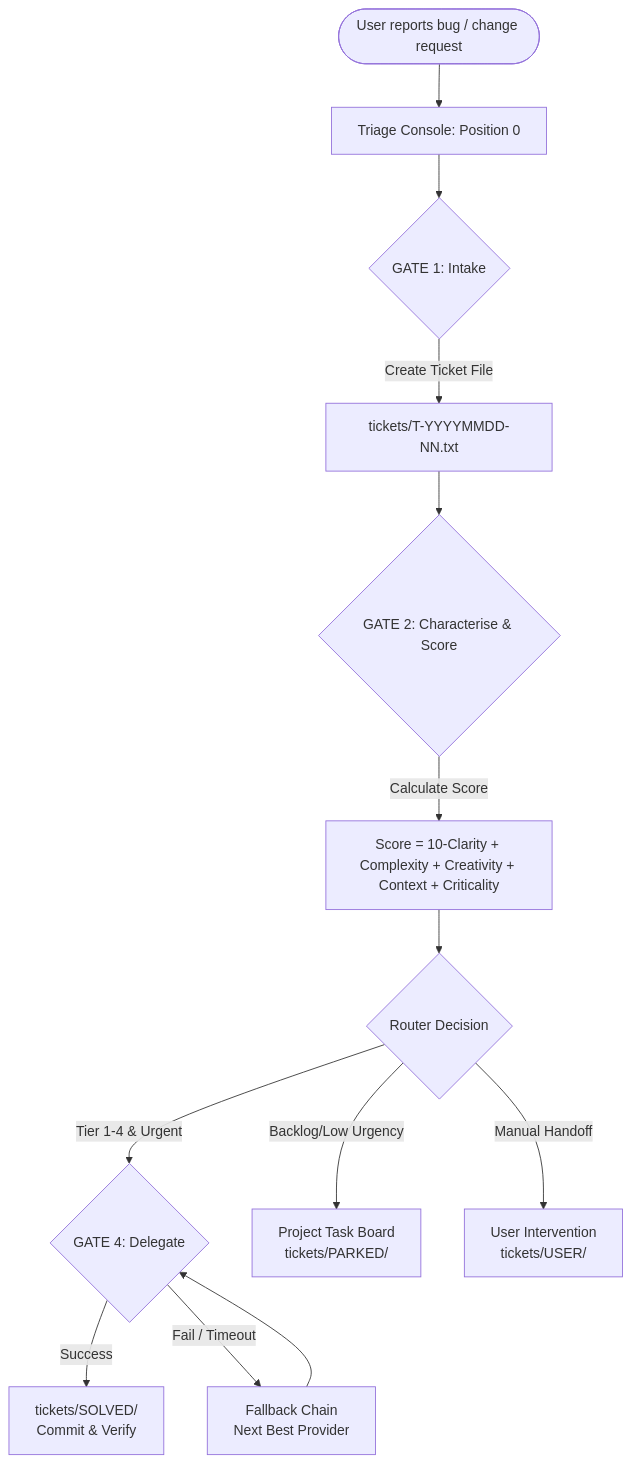
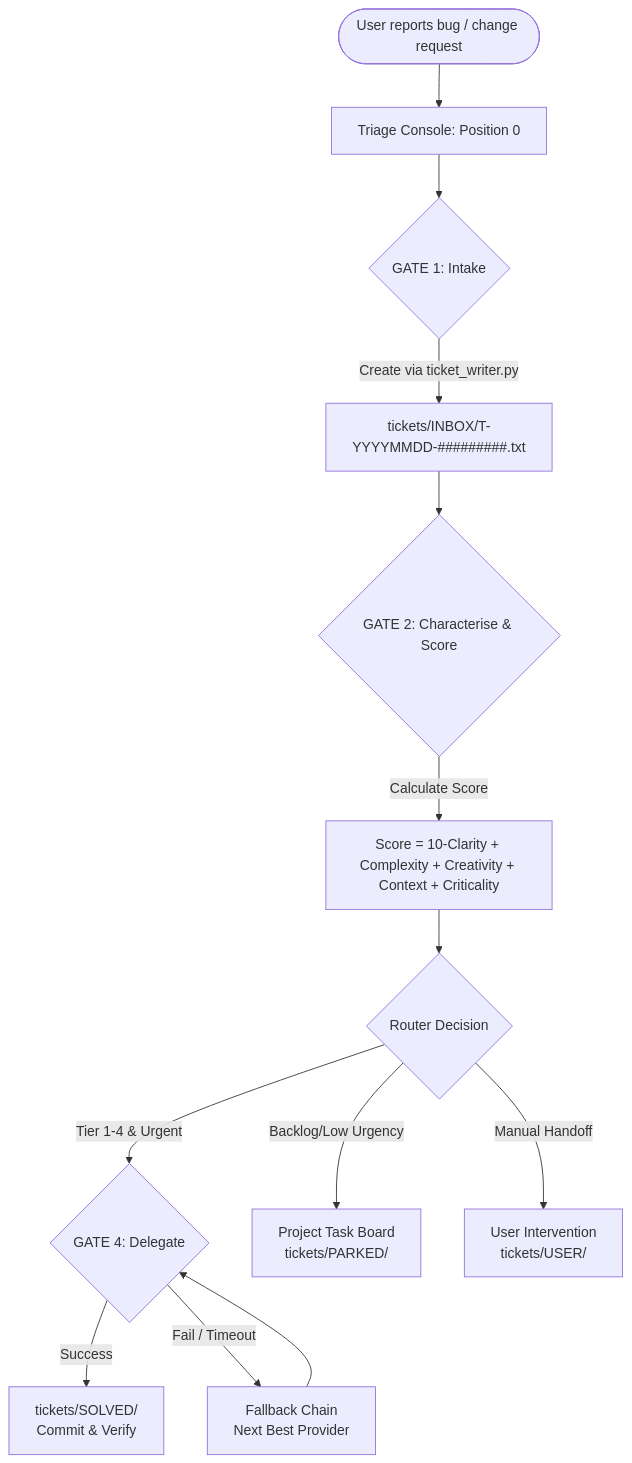
Before and after one commit to ellmos-ai/ticket-master: the diagram in README.md, drawn with Mermaid. The commit also changed other lines of this file and 10 other files, not shown here.

````diff
--- a/README.md
+++ b/README.md
@@ -63,17 +63,17 @@
 ```mermaid
 graph TD
     User([User reports bug / change request]) --> Position0[Triage Console: Position 0]
     Position0 --> GATE1{GATE 1: Intake}
-    GATE1 -->|Create Ticket File| TxtFile[tickets/T-YYYYMMDD-NN.txt]
+    GATE1 -->|Create via ticket_writer.py| TxtFile[tickets/INBOX/T-YYYYMMDD-#########.txt]
     TxtFile --> GATE2{GATE 2: Characterise & Score}
     GATE2 -->|Calculate Score| Score[Score = 10-Clarity + Complexity + Creativity + Context + Criticality]
     Score --> Router{Router Decision}
     
     Router -->|Tier 1-4 & Urgent| GATE4{GATE 4: Delegate}
     Router -->|Backlog/Low Urgency| TaskDB[Project Task Board<br>tickets/PARKED/]
     Router -->|Manual Handoff| UserHandoff[User Intervention<br>tickets/USER/]
     
     GATE4 -->|Success| Solved[tickets/SOLVED/<br>Commit & Verify]
     GATE4 -->|Fail / Timeout| Fallback[Fallback Chain<br>Next Best Provider]
     Fallback --> GATE4
 ```
````
